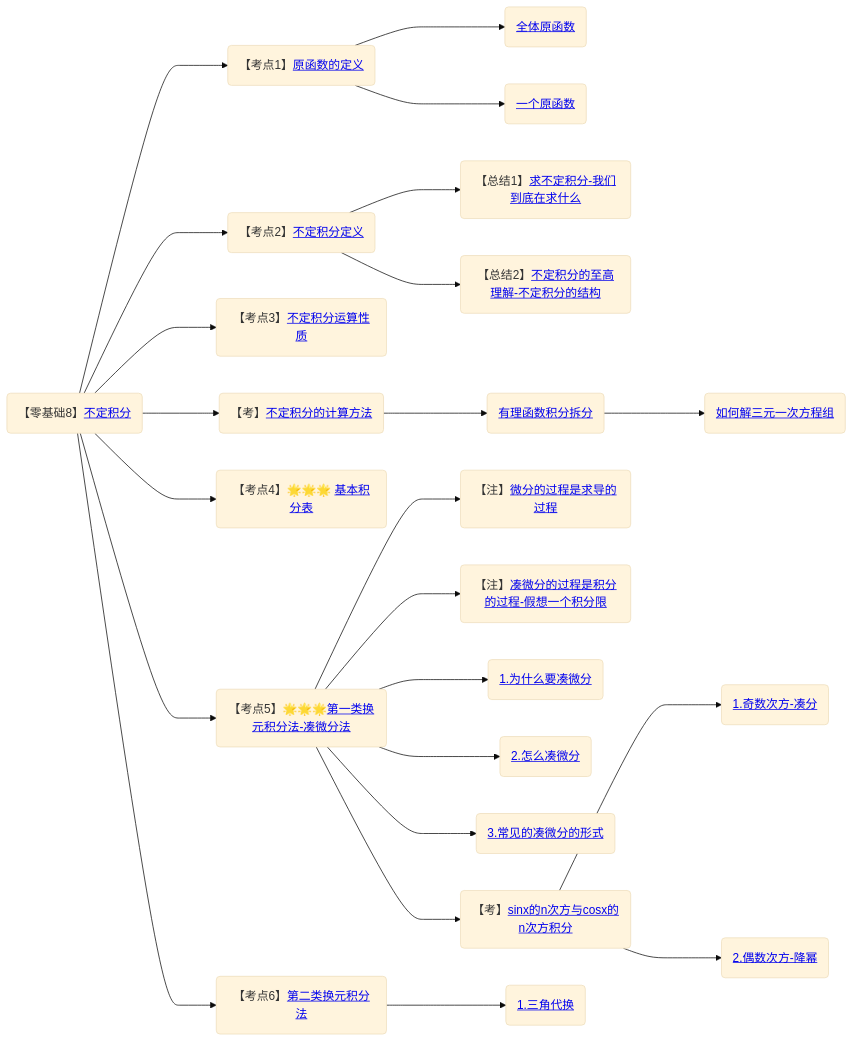
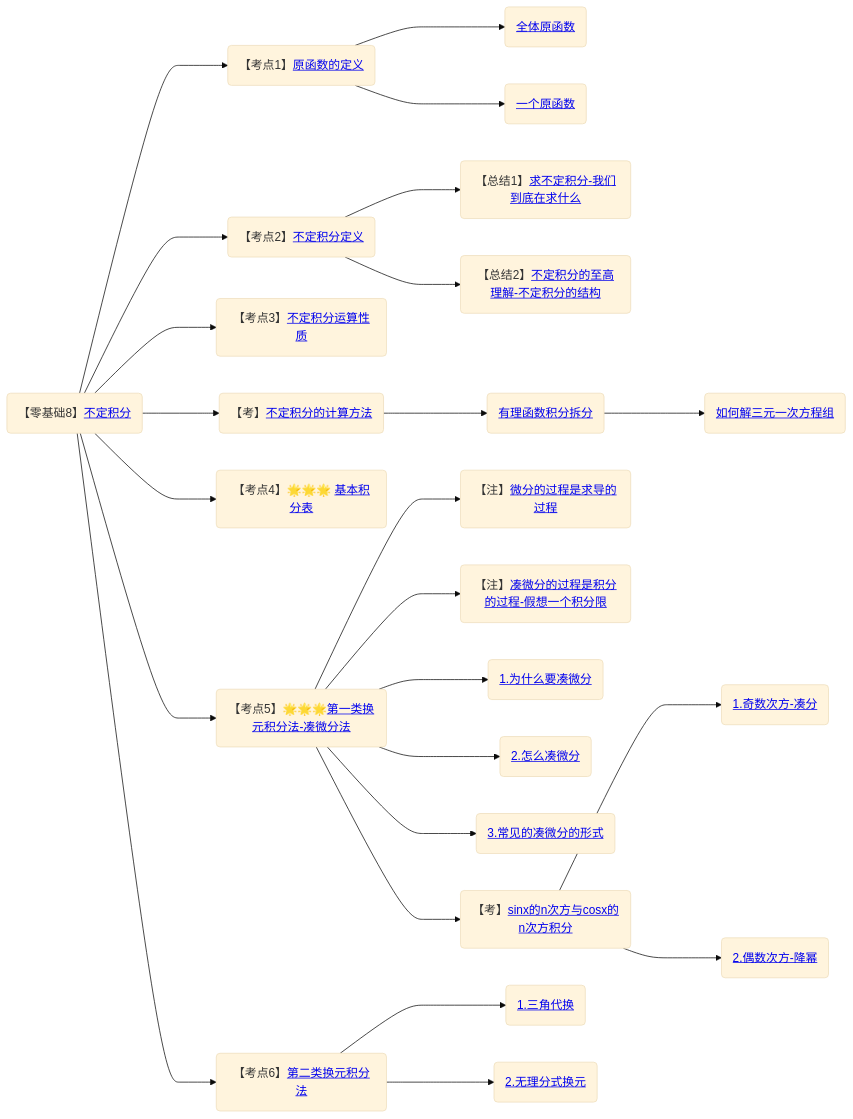
The tenth of 11 diagrams in 笔记/数学/周洋鑫/框架.md (yuebinghui/note), drawn with Mermaid (base theme) before and after one commit. The commit also changed 6 other files, not shown here.

````diff
--- a/笔记/数学/周洋鑫/框架.md
+++ b/笔记/数学/周洋鑫/框架.md
@@ -301,34 +301,35 @@
 ```mermaid
 graph LR
 
 不定积分(【零基础8】<a target="_blank"  href="/Users/yuebinghui/Documents/program/github/note/笔记/数学/周洋鑫/13.零基础核心考点精讲12-1.md#不定积分">不定积分</>)
 
 不定积分--->原函数的定义(【考点1】<a  href="/Users/yuebinghui/Documents/program/github/note/笔记/数学/周洋鑫/13.零基础核心考点精讲12-1.md#原函数的定义">原函数的定义</>)
 原函数的定义--->全体原函数(<a target="_blank"  href="/Users/yuebinghui/Documents/program/github/note/笔记/数学/周洋鑫/13.零基础核心考点精讲12-1.md#全体原函数">全体原函数</>)
 原函数的定义--->一个原函数(<a target="_blank"  href="/Users/yuebinghui/Documents/program/github/note/笔记/数学/周洋鑫/13.零基础核心考点精讲12-1.md#一个原函数">一个原函数</>)
 
 不定积分--->不定积分定义(【考点2】<a target="_blank"  href="/Users/yuebinghui/Documents/program/github/note/笔记/数学/周洋鑫/13.零基础核心考点精讲12-1.md#不定积分定义">不定积分定义</>)
 不定积分定义--->求不定积分-我们到底在求什么(【总结1】<a target="_blank"  href="/Users/yuebinghui/Documents/program/github/note/笔记/数学/周洋鑫/13.零基础核心考点精讲12-1.md#求不定积分-我们到底在求什么">求不定积分-我们到底在求什么</>)
 不定积分定义--->不定积分的至高理解-不定积分的结构(【总结2】<a target="_blank"  href="/Users/yuebinghui/Documents/program/github/note/笔记/数学/周洋鑫/13.零基础核心考点精讲12-1.md#不定积分的至高理解-不定积分的结构">不定积分的至高理解-不定积分的结构</>)
 
 不定积分--->不定积分运算性质(【考点3】<a target="_blank"  href="/Users/yuebinghui/Documents/program/github/note/笔记/数学/周洋鑫/13.零基础核心考点精讲12-1.md#不定积分运算性质">不定积分运算性质</>)
 
 不定积分--->不定积分的计算方法(【考】<a target="_blank"  href="/Users/yuebinghui/Documents/program/github/note/笔记/数学/周洋鑫/13.零基础核心考点精讲12-1.md#不定积分的计算方法">不定积分的计算方法</>)
 不定积分的计算方法--->有理函数积分拆分(<a target="_blank"  href="/Users/yuebinghui/Documents/program/github/note/笔记/数学/周洋鑫/13.零基础核心考点精讲12-1.md#有理函数积分拆分">有理函数积分拆分</>)
 有理函数积分拆分--->如何解三元一次方程组(<a target="_blank"  href="/Users/yuebinghui/Documents/program/github/note/笔记/数学/周洋鑫/13.零基础核心考点精讲12-1.md#如何解三元一次方程组">如何解三元一次方程组</>)
 
 不定积分--->基本积分表(【考点4】🌟🌟🌟 <a target="_blank"  href="/Users/yuebinghui/Documents/program/github/note/笔记/数学/周洋鑫/13.零基础核心考点精讲12-1.md#基本积分表">基本积分表</>)
 
 不定积分--->第一类换元积分法-凑微分法(【考点5】🌟🌟🌟<a target="_blank"  href="/Users/yuebinghui/Documents/program/github/note/笔记/数学/周洋鑫/13.零基础核心考点精讲12-1.md#第一类换元积分法-凑微分法">第一类换元积分法-凑微分法</>)
 第一类换元积分法-凑微分法--->微分的过程是求导的过程(【注】<a target="_blank"  href="/Users/yuebinghui/Documents/program/github/note/笔记/数学/周洋鑫/13.零基础核心考点精讲12-1.md#微分的过程是求导的过程">微分的过程是求导的过程</>)
 第一类换元积分法-凑微分法--->凑微分的过程是积分的过程-假想一个积分限(【注】<a  target="_blank" href="/Users/yuebinghui/Documents/program/github/note/笔记/数学/周洋鑫/13.零基础核心考点精讲12-1.md#凑微分的过程是积分的过程-假想一个积分限">凑微分的过程是积分的过程-假想一个积分限</>)
 第一类换元积分法-凑微分法--->1.为什么要凑微分(<a target="_blank"  href="/Users/yuebinghui/Documents/program/github/note/笔记/数学/周洋鑫/13.零基础核心考点精讲12-1.md#1.为什么要凑微分">1.为什么要凑微分</>)
 第一类换元积分法-凑微分法--->2.怎么凑微分(<a target="_blank"  href="/Users/yuebinghui/Documents/program/github/note/笔记/数学/周洋鑫/13.零基础核心考点精讲12-1.md#2.怎么凑微分">2.怎么凑微分</>)
 第一类换元积分法-凑微分法--->3.常见的凑微分的形式(<a href="/Users/yuebinghui/Documents/program/github/note/笔记/数学/周洋鑫/13.零基础核心考点精讲12-1.md#3.常见的凑微分的形式">3.常见的凑微分的形式</>)
 第一类换元积分法-凑微分法--->sinx的n次方与cosx的n次方积分(【考】<a href="/Users/yuebinghui/Documents/program/github/note/笔记/数学/周洋鑫/14.零基础核心考点精讲13-1.md#sinx的n次方与cosx的n次方积分">sinx的n次方与cosx的n次方积分</>)
 sinx的n次方与cosx的n次方积分--->1.奇数次方-凑分(<a href="/Users/yuebinghui/Documents/program/github/note/笔记/数学/周洋鑫/14.零基础核心考点精讲13-1.md#1.奇数次方-凑分">1.奇数次方-凑分</>)
 sinx的n次方与cosx的n次方积分--->2.偶数次方-降幂(<a href="/Users/yuebinghui/Documents/program/github/note/笔记/数学/周洋鑫/14.零基础核心考点精讲13-1.md#2.偶数次方-降幂">2.偶数次方-降幂</>)
 
 不定积分---> 第二类换元积分法(【考点6】<a href="/Users/yuebinghui/Documents/program/github/note/笔记/数学/周洋鑫/14.零基础核心考点精讲13-1.md#第二类换元积分法">第二类换元积分法</>)
 第二类换元积分法---> 1.三角代换(<a href="/Users/yuebinghui/Documents/program/github/note/笔记/数学/周洋鑫/14.零基础核心考点精讲13-1.md#1.三角代换">1.三角代换</>)
+第二类换元积分法---> 2.无理分式换元(<a href="/Users/yuebinghui/Documents/program/github/note/笔记/数学/周洋鑫/14.零基础核心考点精讲13-1.md#2.无理分式换元">2.无理分式换元</>)
 ```
````
